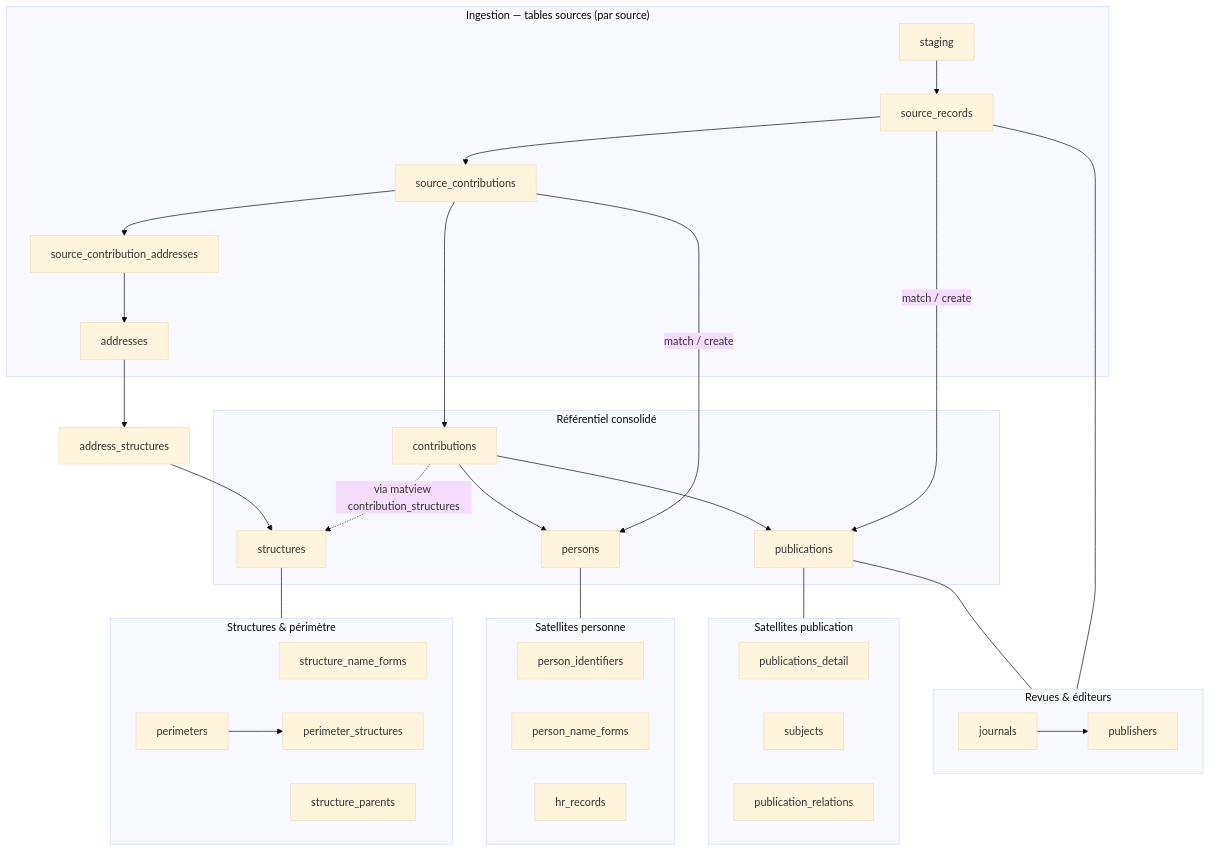
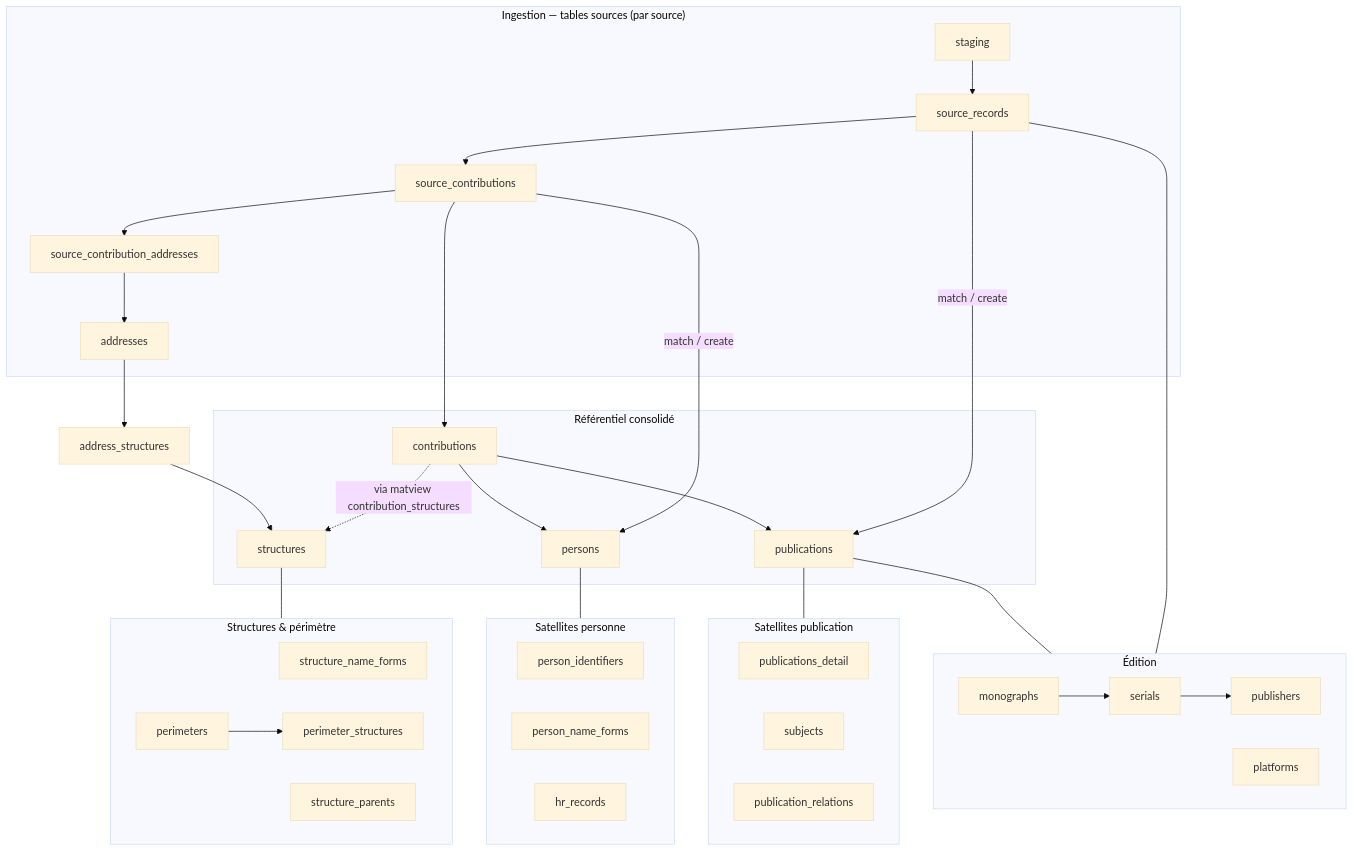
Before and after one commit to Y33sha/bibliometrie-uca: the diagram in docs/donnees/09-index-des-tables.md, drawn with Mermaid (base theme). The commit also changed other lines of this file and 21 other files, not shown here.

````diff
--- a/docs/donnees/09-index-des-tables.md
+++ b/docs/donnees/09-index-des-tables.md
@@ -9,48 +9,50 @@
 ```mermaid
 flowchart TB
     subgraph ingestion["Ingestion — tables sources (par source)"]
         staging --> source_records --> source_contributions
         source_contributions --> source_contribution_addresses --> addresses
     end
 
-    subgraph publishing["Revues & éditeurs"]
-        journals --> publishers
+    subgraph publishing["Édition"]
+        serials --> publishers
+        monographs --> serials
+        platforms
     end
 
     subgraph canon["Référentiel consolidé"]
         publications
         contributions
         structures
         persons
     end
 
     source_records -->|match / create| publications
     source_contributions -->|match / create| persons
     source_contributions --> contributions
     contributions --> publications
     contributions --> persons
     contributions -.->|via matview contribution_structures| structures
     addresses --> address_structures --> structures
     source_records --- publishing
     publications --- publishing
 
     subgraph satP["Satellites publication"]
         publications_detail
         subjects
         publication_relations
     end
     subgraph satS["Structures & périmètre"]
         structure_name_forms
         structure_parents
         perimeters --> perimeter_structures
     end
     subgraph satN["Satellites personne"]
         person_identifiers
         person_name_forms
         hr_records
     end
 
     publications --- satP
     structures --- satS
     persons --- satN
 ```
````
